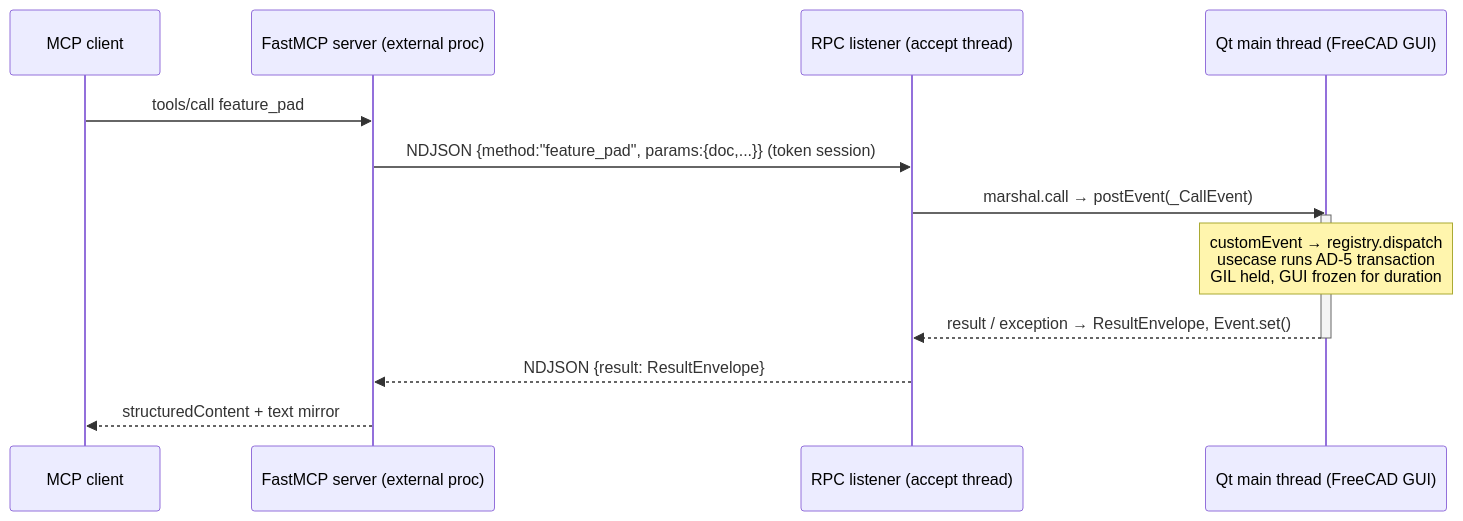
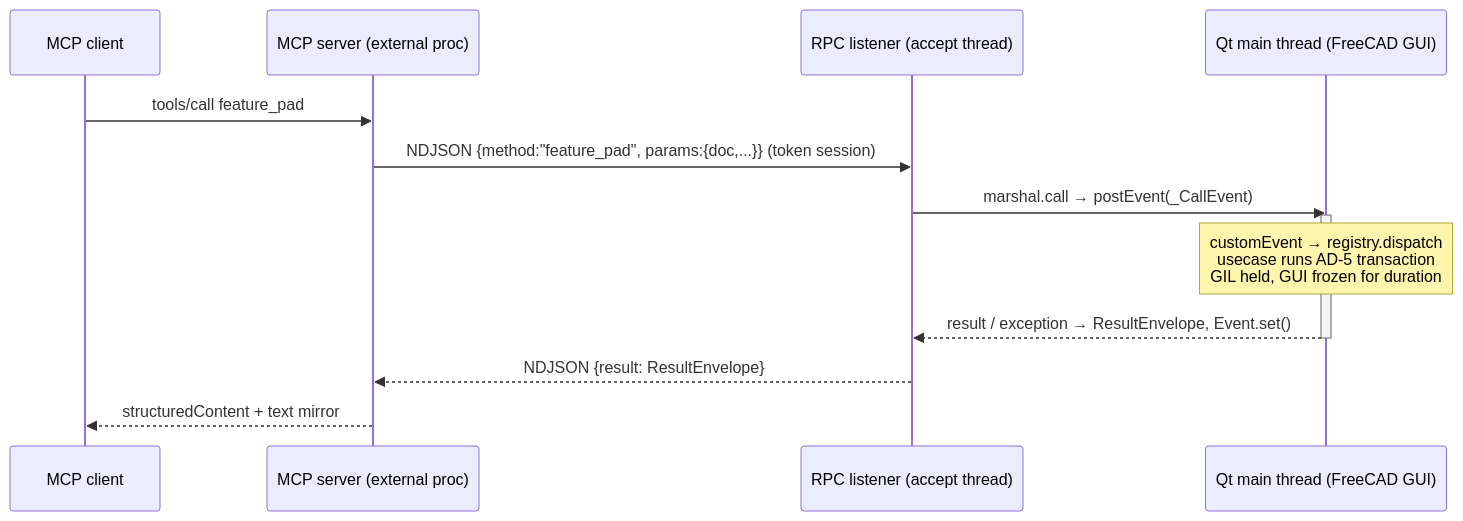
The diagram in _bmad-output/planning-artifacts/architecture/architecture-freecad-buddy-2026-07-21/design/integration-mcp-freecad.md (robotics-playground/freecad-buddy), drawn with Mermaid before and after one commit. The commit also changed other lines of this file and 37 other files, not shown here.

````diff
--- a/_bmad-output/planning-artifacts/architecture/architecture-freecad-buddy-2026-07-21/design/integration-mcp-freecad.md
+++ b/_bmad-output/planning-artifacts/architecture/architecture-freecad-buddy-2026-07-21/design/integration-mcp-freecad.md
@@ -200,16 +200,16 @@
 ```mermaid
 sequenceDiagram
     participant C as MCP client
-    participant F as FastMCP server (external proc)
+    participant F as MCP server (external proc)
     participant L as RPC listener (accept thread)
     participant Q as Qt main thread (FreeCAD GUI)
     C->>F: tools/call feature_pad
     F->>L: NDJSON {method:"feature_pad", params:{doc,...}}  (token session)
     L->>Q: marshal.call → postEvent(_CallEvent)
     activate Q
     Note over Q: customEvent → registry.dispatch<br/>usecase runs AD-5 transaction<br/>GIL held, GUI frozen for duration
     Q-->>L: result / exception → ResultEnvelope, Event.set()
     deactivate Q
     L-->>F: NDJSON {result: ResultEnvelope}
     F-->>C: structuredContent + text mirror
 ```
````
